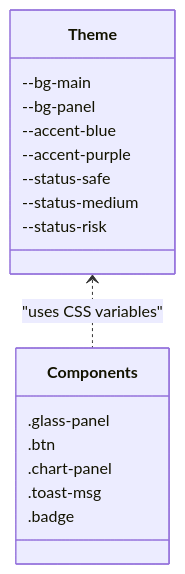
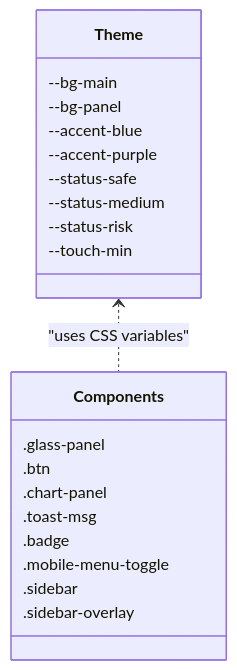
Diagram 11 of 16 in .qoder/repowiki/en/content/System Architecture/Frontend Architecture.md (MohandWaleed3/PentexOne), drawn with Mermaid before and after one commit. The commit also changed other lines of this file and 17 other files, not shown here.

````diff
--- a/.qoder/repowiki/en/content/System Architecture/Frontend Architecture.md
+++ b/.qoder/repowiki/en/content/System Architecture/Frontend Architecture.md
@@ -419,20 +476,24 @@
 ```mermaid
 classDiagram
 class Theme {
 --bg-main
 --bg-panel
 --accent-blue
 --accent-purple
 --status-safe
 --status-medium
 --status-risk
+--touch-min
 }
 class Components {
 .glass-panel
 .btn
 .chart-panel
 .toast-msg
 .badge
+.mobile-menu-toggle
+.sidebar
+.sidebar-overlay
 }
 Theme <.. Components : "uses CSS variables"
 ```
````
